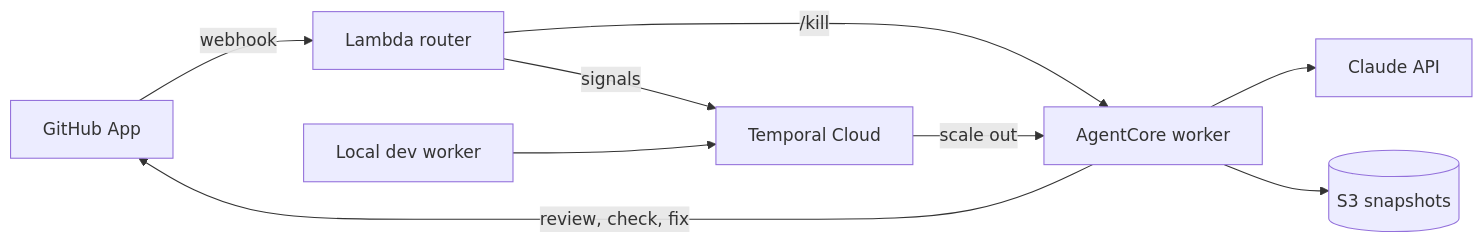
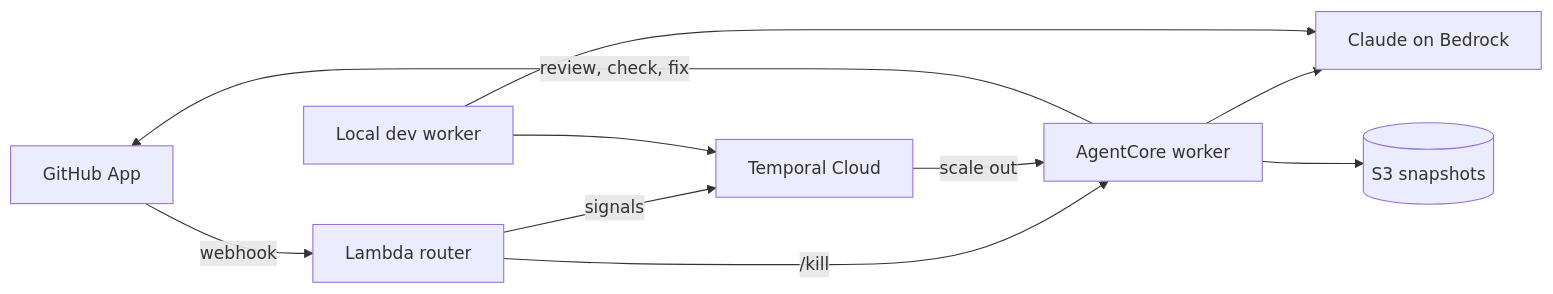
One commit to alexandreroman/code-review-agentcore-temporal changed the diagram in README.md. Above: the diagram before and after it, drawn with Mermaid. The commit also changed other lines of this file and 22 other files, not shown here.

First line of the commit message:
Call Claude on Amazon Bedrock

````diff
--- a/README.md
+++ b/README.md
@@ -34,11 +34,12 @@
 ```mermaid
 graph LR
     GH[GitHub App] -->|webhook| R[Lambda router]
     R -->|signals| T[Temporal Cloud]
     R -->|/kill| A
     T -->|scale out| A[AgentCore worker]
     D[Local dev worker] --> T
-    A --> C[Claude API]
+    A --> C[Claude on Bedrock]
+    D --> C
     A --> S[(S3 snapshots)]
     A -->|review, check, fix| GH
 ```
````
